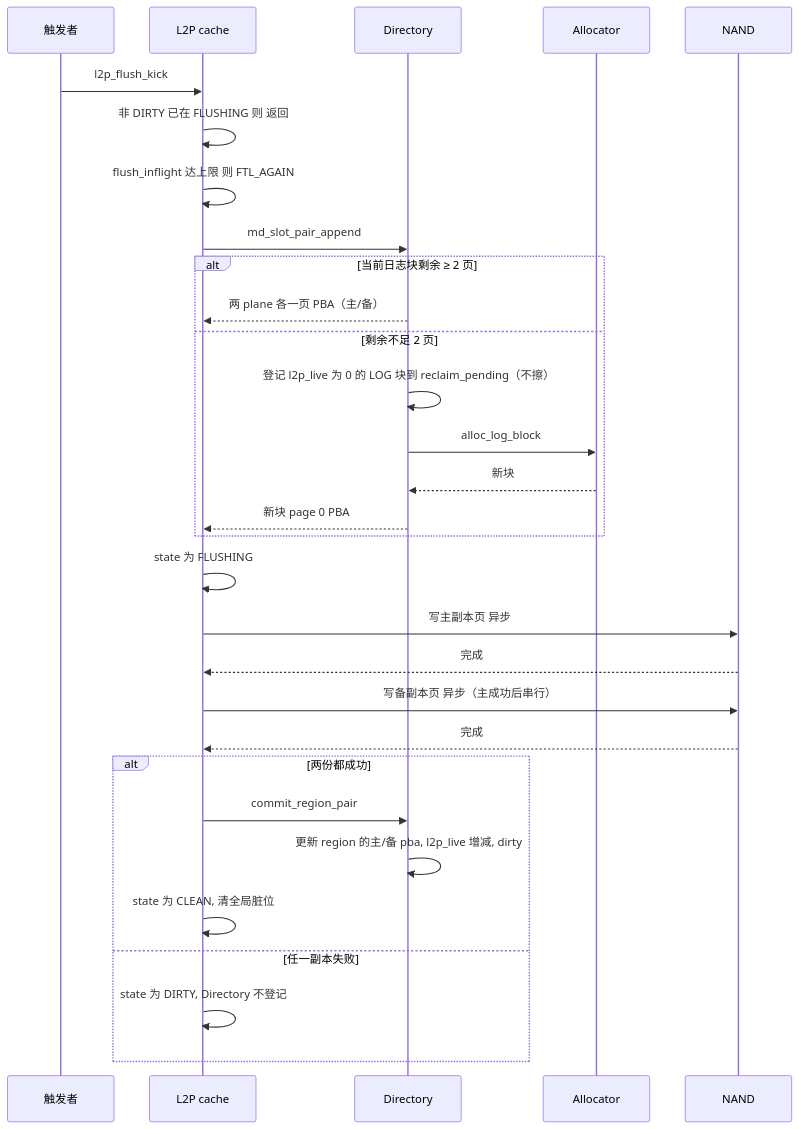
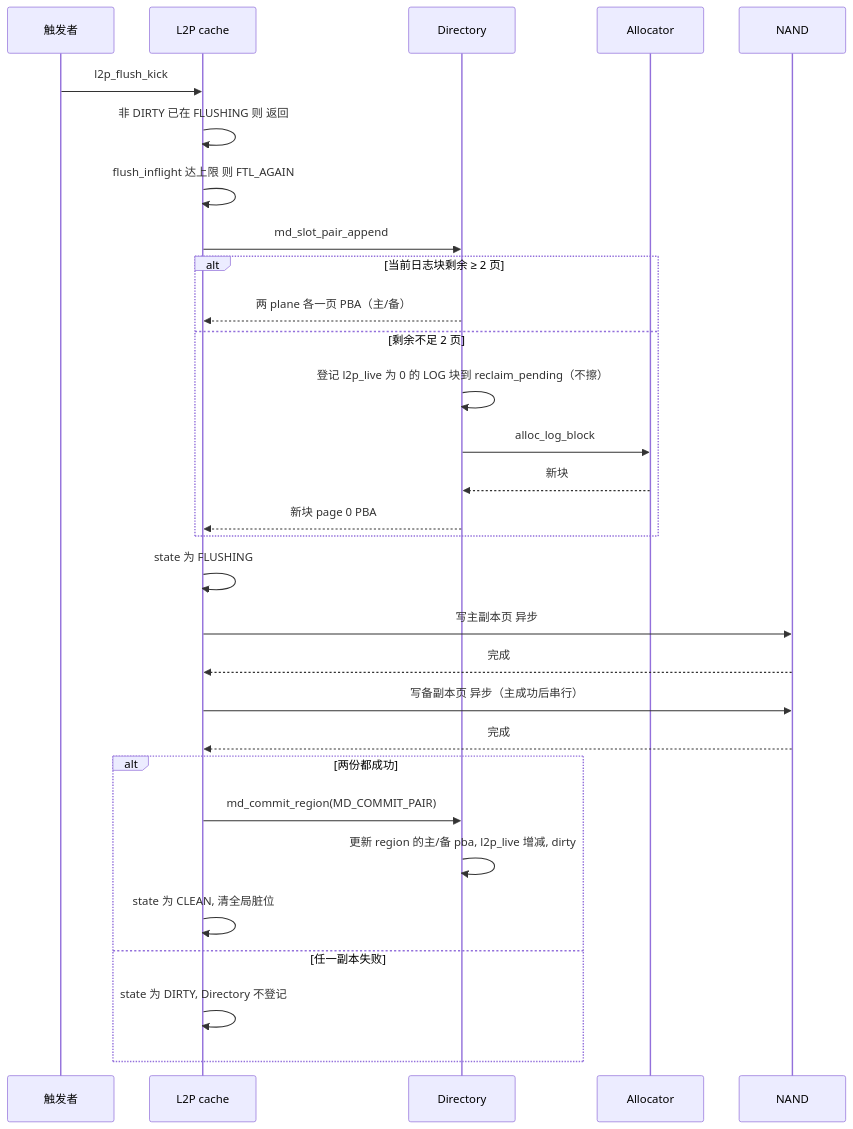
Before and after one commit to YzYMIAO/BASESSD: diagram 32 of 36 in docs/design/ftl_design.md, drawn with Mermaid. The commit also changed other lines of this file and 18 other files, not shown here.

````diff
--- a/docs/design/ftl_design.md
+++ b/docs/design/ftl_design.md
@@ -4678,33 +4678,33 @@
 ```mermaid
 sequenceDiagram
     participant S as 触发者
     participant C as L2P cache
     participant D as Directory
     participant A as Allocator
     participant N as NAND
 
     S->>C: l2p_flush_kick
     C->>C: 非 DIRTY 已在 FLUSHING 则 返回
     C->>C: flush_inflight 达上限 则 FTL_AGAIN
     C->>D: md_slot_pair_append
     alt 当前日志块剩余 ≥ 2 页
         D-->>C: 两 plane 各一页 PBA（主/备）
     else 剩余不足 2 页
         D->>D: 登记 l2p_live 为 0 的 LOG 块到 reclaim_pending（不擦）
         D->>A: alloc_log_block
         A-->>D: 新块
         D-->>C: 新块 page 0 PBA
     end
     C->>C: state 为 FLUSHING
     C->>N: 写主副本页 异步
     N-->>C: 完成
     C->>N: 写备副本页 异步（主成功后串行）
     N-->>C: 完成
     alt 两份都成功
-        C->>D: commit_region_pair
+        C->>D: md_commit_region(MD_COMMIT_PAIR)
         D->>D: 更新 region 的主/备 pba, l2p_live 增减, dirty
         C->>C: state 为 CLEAN, 清全局脏位
     else 任一副本失败
         C->>C: state 为 DIRTY, Directory 不登记
     end
 ```
````
